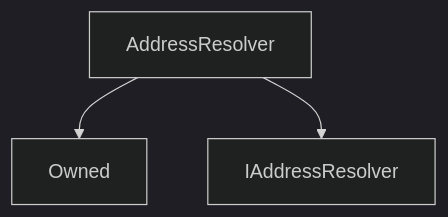
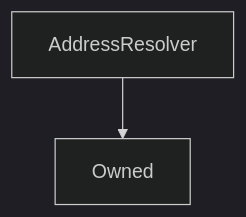
Before and after one commit to Synthetixio/synthetix-docs: the diagram in content/contracts/AddressResolver.md, drawn with Mermaid (dark theme). The commit also changed 46 other files, not shown here.

````diff
--- a/content/contracts/AddressResolver.md
+++ b/content/contracts/AddressResolver.md
@@ -15,5 +15,4 @@
 ```mermaid
 graph TD
     AddressResolver[AddressResolver] --> Owned[Owned]
-    AddressResolver[AddressResolver] --> IAddressResolver[IAddressResolver]
 ```
````
